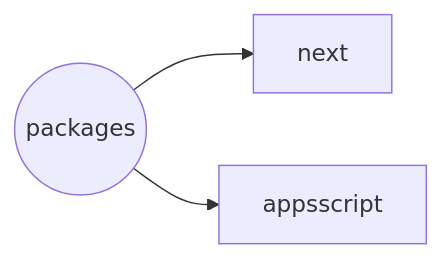
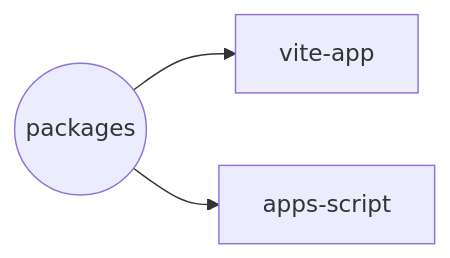
The diagram in README.md (hgodinho/cv), drawn with Mermaid before and after one commit. The commit also changed other lines of this file and 1 other file, not shown here.

````diff
--- a/README.md
+++ b/README.md
@@ -5,7 +7,7 @@
 ```mermaid
     flowchart LR
         packages((packages))    
 
-        packages --> next
-        packages --> appsscript
+        packages --> vite-app
+        packages --> apps-script
 ```
````
